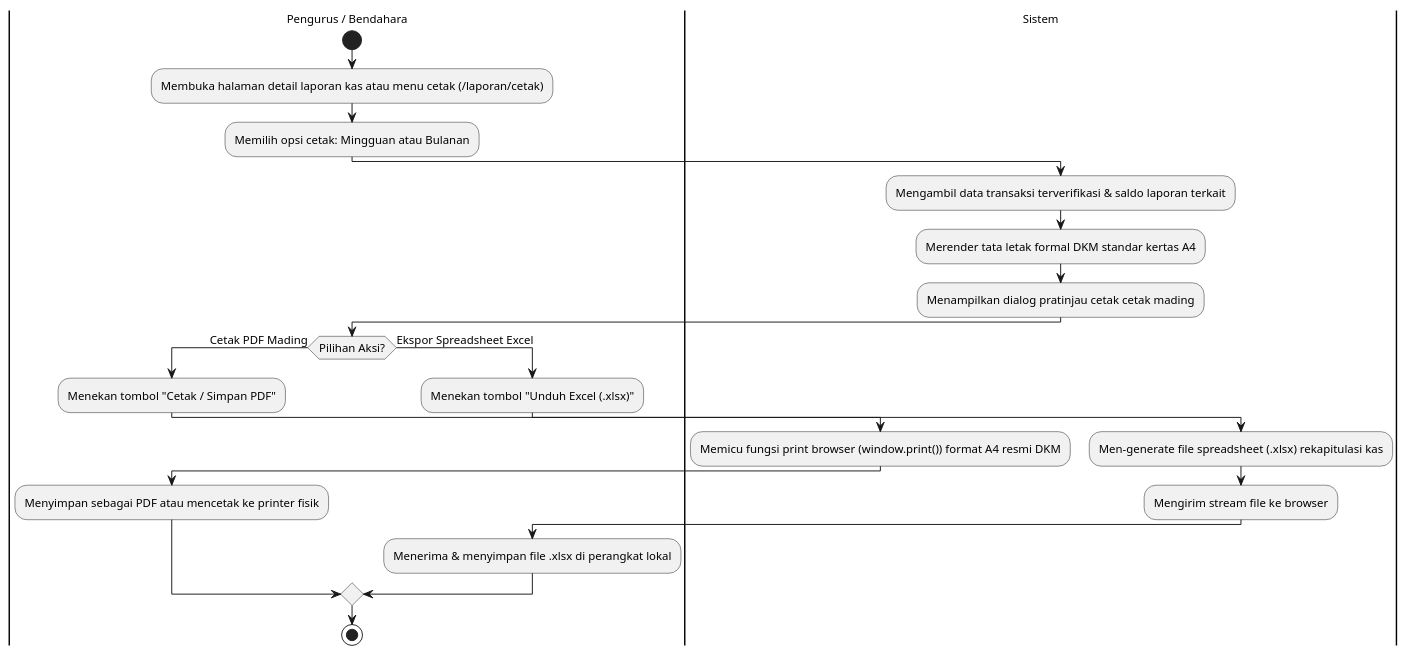
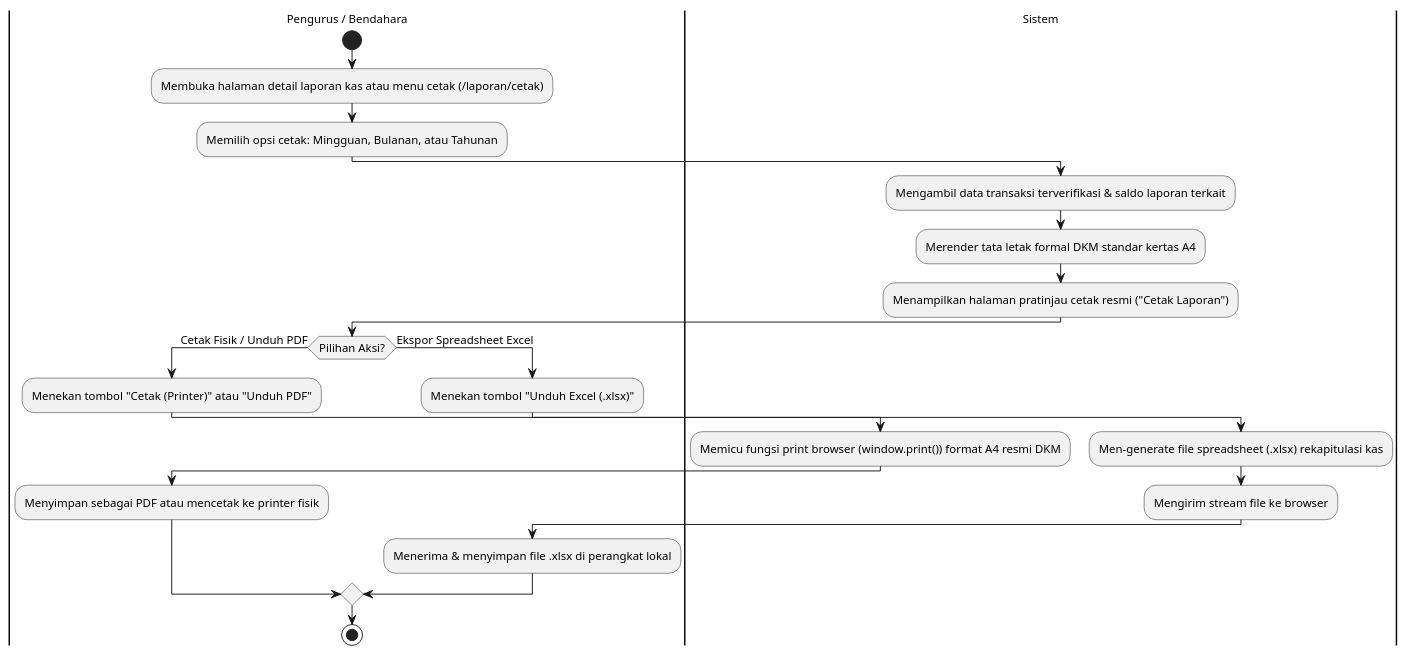
One commit to RezaDwiPrasetya/masjid-archive changed the diagram in docs/diagrams/activity/AD-07-Cetak-Ekspor.puml. Above: the diagram before and after it, drawn with PlantUML. The commit also changed 7 other files, not shown here.

```diff
--- a/docs/diagrams/activity/AD-07-Cetak-Ekspor.puml
+++ b/docs/diagrams/activity/AD-07-Cetak-Ekspor.puml
@@ -1,35 +1,35 @@
 @startuml
 skinparam monochrome true
 skinparam shadowing false
 skinparam defaultFontName Arial
 skinparam defaultFontSize 12
 
 |Pengurus / Bendahara|
 start
 :Membuka halaman detail laporan kas atau menu cetak (/laporan/cetak);
-:Memilih opsi cetak: Mingguan atau Bulanan;
+:Memilih opsi cetak: Mingguan, Bulanan, atau Tahunan;
 
 |Sistem|
 :Mengambil data transaksi terverifikasi & saldo laporan terkait;
 :Merender tata letak formal DKM standar kertas A4;
-:Menampilkan dialog pratinjau cetak cetak mading;
+:Menampilkan halaman pratinjau cetak resmi ("Cetak Laporan");
 
 |Pengurus / Bendahara|
-if (Pilihan Aksi?) then (Cetak PDF Mading)
-  :Menekan tombol "Cetak / Simpan PDF";
+if (Pilihan Aksi?) then (Cetak Fisik / Unduh PDF)
+  :Menekan tombol "Cetak (Printer)" atau "Unduh PDF";
   |Sistem|
   :Memicu fungsi print browser (window.print()) format A4 resmi DKM;
   |Pengurus / Bendahara|
   :Menyimpan sebagai PDF atau mencetak ke printer fisik;
 else (Ekspor Spreadsheet Excel)
   :Menekan tombol "Unduh Excel (.xlsx)";
   |Sistem|
   :Men-generate file spreadsheet (.xlsx) rekapitulasi kas;
   :Mengirim stream file ke browser;
   |Pengurus / Bendahara|
   :Menerima & menyimpan file .xlsx di perangkat lokal;
 endif
 
 stop
 
 @enduml
```
